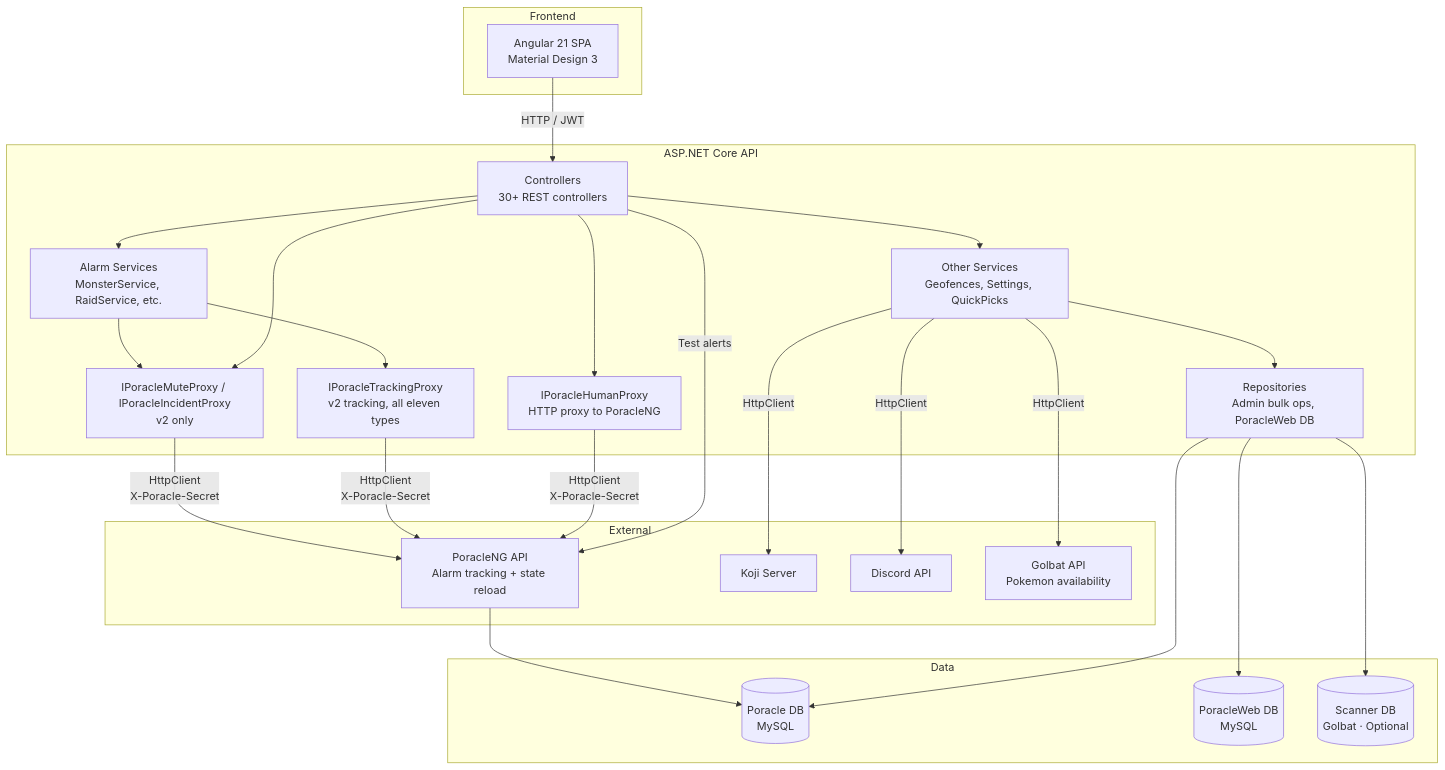
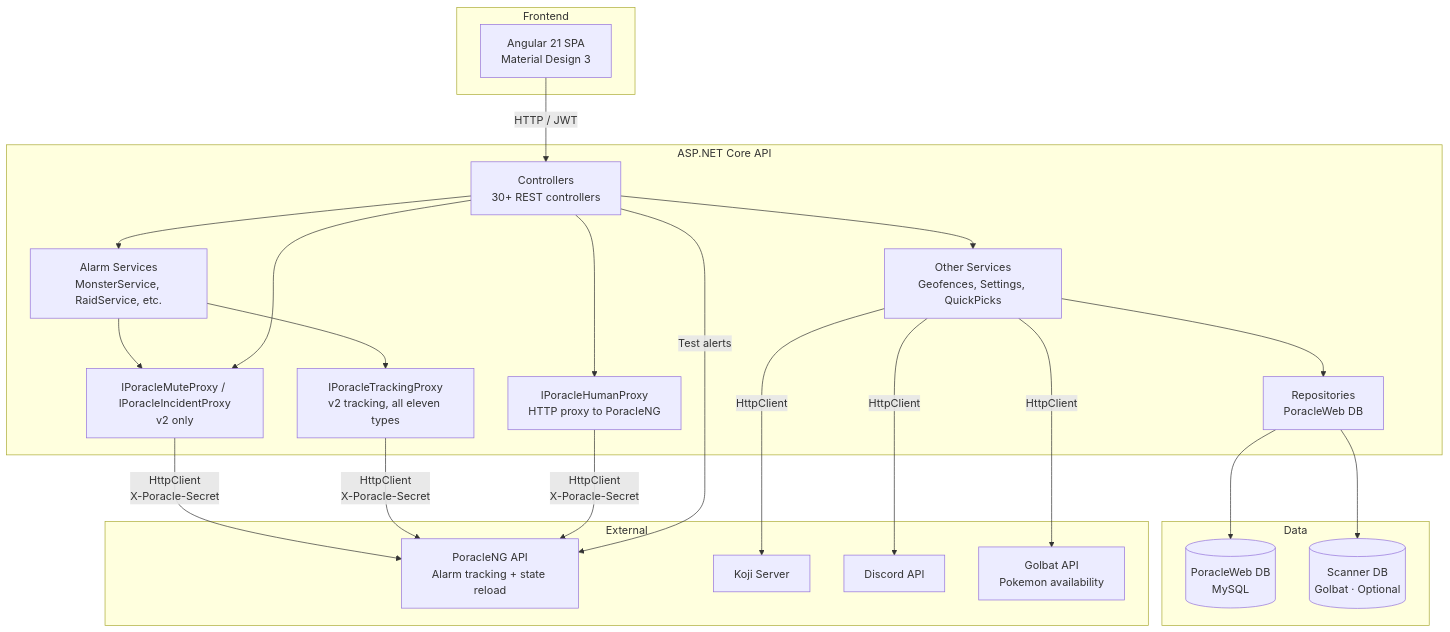
Before and after one commit to PGAN-Dev/PoracleWeb.NET: the diagram in docs/architecture/overview.md, drawn with Mermaid. The commit also changed other lines of this file and 16 other files, not shown here.

````diff
--- a/docs/architecture/overview.md
+++ b/docs/architecture/overview.md
@@ -35,49 +35,46 @@
 ```mermaid
 graph TB
     subgraph Frontend
         Angular[Angular 21 SPA<br/>Material Design 3]
     end
 
     subgraph Backend["ASP.NET Core API"]
         Controllers[Controllers<br/>30+ REST controllers]
         AlarmServices[Alarm Services<br/>MonsterService, RaidService, etc.]
         TrackingProxy[IPoracleTrackingProxy<br/>v2 tracking, all eleven types]
         HumanProxy[IPoracleHumanProxy<br/>HTTP proxy to PoracleNG]
         V2Proxies["IPoracleMuteProxy / IPoracleIncidentProxy<br/>v2 only"]
         OtherServices[Other Services<br/>Geofences, Settings, QuickPicks]
-        Repositories[Repositories<br/>Admin bulk ops, PoracleWeb DB]
+        Repositories[Repositories<br/>PoracleWeb DB]
     end
 
     subgraph Data
-        PoracleDB[(Poracle DB<br/>MySQL)]
         WebDB[(PoracleWeb DB<br/>MySQL)]
         ScannerDB[(Scanner DB<br/>Golbat · Optional)]
     end
 
     subgraph External
         PoracleNG[PoracleNG API<br/>Alarm tracking + state reload]
         Koji[Koji Server]
         Discord[Discord API]
         Golbat[Golbat API<br/>Pokemon availability]
     end
 
     Angular -->|HTTP / JWT| Controllers
     Controllers --> AlarmServices
     Controllers --> OtherServices
     AlarmServices --> TrackingProxy
     AlarmServices --> V2Proxies
     Controllers --> V2Proxies
     Controllers --> HumanProxy
     V2Proxies -->|HttpClient<br/>X-Poracle-Secret| PoracleNG
     TrackingProxy -->|HttpClient<br/>X-Poracle-Secret| PoracleNG
     HumanProxy -->|HttpClient<br/>X-Poracle-Secret| PoracleNG
-    PoracleNG --> PoracleDB
     OtherServices --> Repositories
-    Repositories --> PoracleDB
     Repositories --> WebDB
     Repositories --> ScannerDB
     OtherServices -->|HttpClient| Koji
     OtherServices -->|HttpClient| Discord
     OtherServices -->|HttpClient| Golbat
     Controllers -->|Test alerts| PoracleNG
 ```
````
